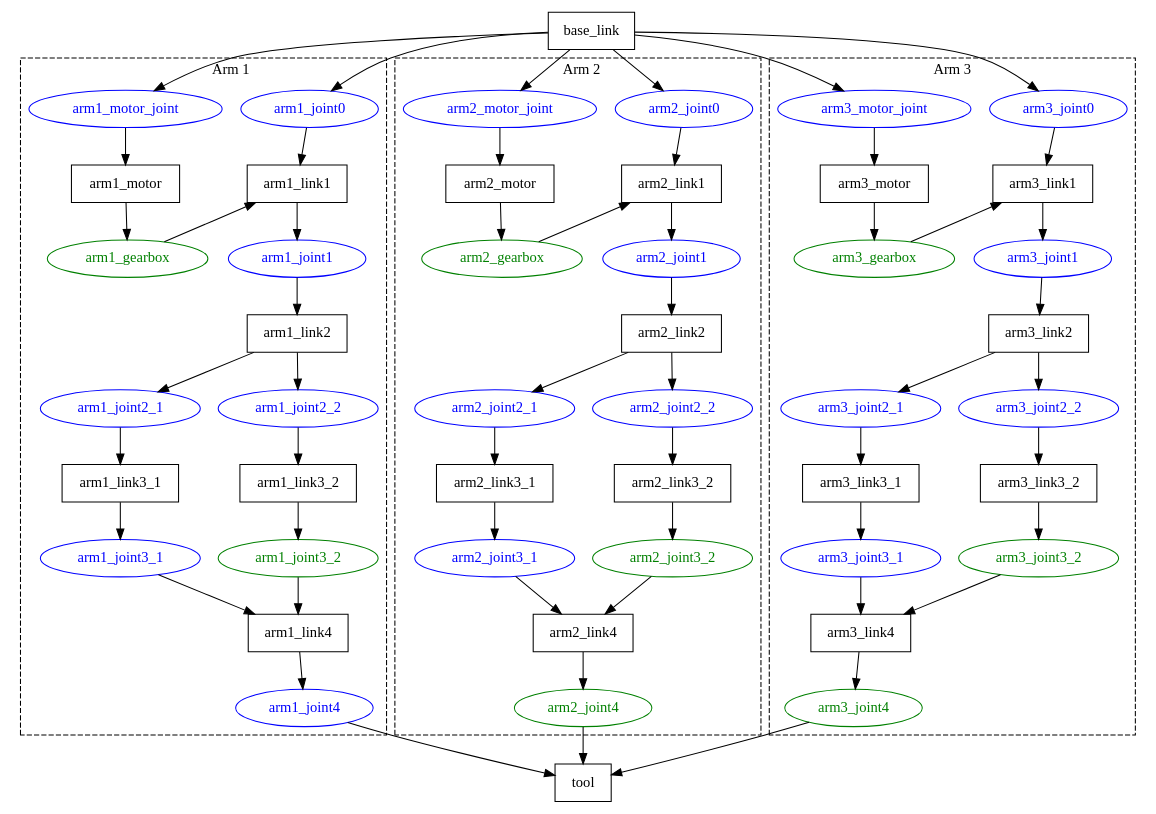
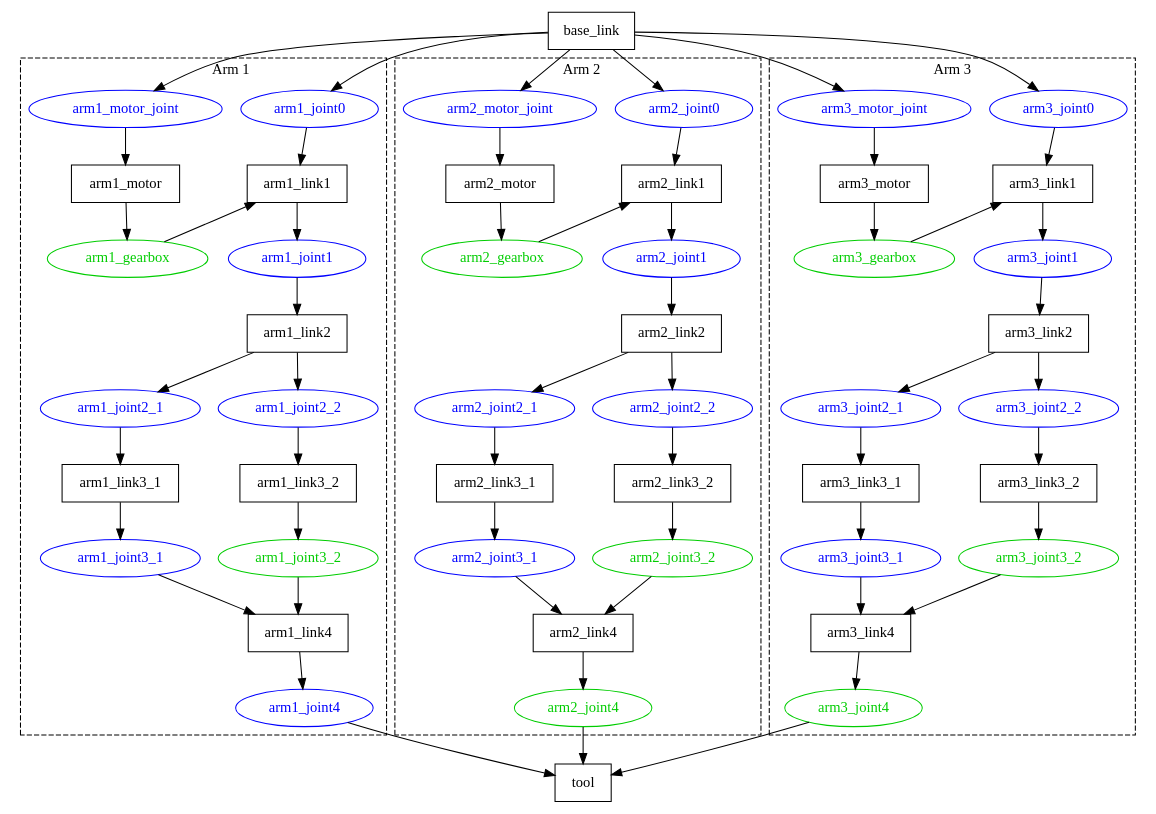
Before and after one commit to manuelilg/vt2_bericht: the diagram in images/delta_struktur.gv, drawn with Graphviz. The commit also changed 10 other files, not shown here.

```diff
--- a/images/delta_struktur.gv
+++ b/images/delta_struktur.gv
@@ -1,131 +1,131 @@
 digraph G {
 compound=true;
 
 node [shape=box];
 "base_link" [label="base_link"];
 "tool" [label="tool"];
 
 subgraph cluster0 {
 label = "                Arm 1";
 style = dashed;
 
 node [shape=box];
 "arm1_link2" [label="arm1_link2"];
 "arm1_link3_1" [label="arm1_link3_1"];
 "arm1_link4" [label="arm1_link4"];
 "arm1_link3_2" [label="arm1_link3_2"];
 {rank = same;
 "arm1_link1" [label="arm1_link1"];
 "arm1_motor" [label="arm1_motor"];
 }
 
 node [shape=ellipse, color=blue, fontcolor=blue];
 "arm1_joint0"
 "arm1_joint0" -> "arm1_link1"
 "arm1_link1" -> "arm1_joint1"
 "arm1_joint1" -> "arm1_link2"
 "arm1_link2" -> "arm1_joint2_1"
 "arm1_joint2_1" -> "arm1_link3_1"
 "arm1_link3_1" -> "arm1_joint3_1"
 "arm1_joint3_1" -> "arm1_link4"
 "arm1_link4" -> "arm1_joint4"
 "arm1_joint4"
 "arm1_link2" -> "arm1_joint2_2"
 "arm1_joint2_2" -> "arm1_link3_2"
 "arm1_motor_joint"
 "arm1_motor_joint" -> "arm1_motor"
 
-node [shape=ellipse, color=green, fontcolor=green];
+node [shape=ellipse, color=green3, fontcolor=green3];
 "arm1_motor" -> "arm1_gearbox" 
 "arm1_gearbox" -> "arm1_link1"
 "arm1_link3_2" -> "arm1_joint3_2" 
 "arm1_joint3_2" -> "arm1_link4"
 }
 
 
 subgraph cluster1 {
 label = "   Arm 2";
 style = dashed;
 
 node [shape=box];
 "arm2_link2" [label="arm2_link2"];
 "arm2_link3_1" [label="arm2_link3_1"];
 "arm2_link4" [label="arm2_link4"];
 "arm2_link3_2" [label="arm2_link3_2"];
 {rank = same;
 "arm2_link1" [label="arm2_link1"];
 "arm2_motor" [label="arm2_motor"];
 }
 node [shape=ellipse, color=blue, fontcolor=blue];
 "arm2_joint0"
 "arm2_joint0" -> "arm2_link1"
 "arm2_link1" -> "arm2_joint1"
 "arm2_joint1" -> "arm2_link2"
 "arm2_link2" -> "arm2_joint2_1"
 "arm2_joint2_1" -> "arm2_link3_1"
 "arm2_link3_1" -> "arm2_joint3_1"
 "arm2_joint3_1" -> "arm2_link4"
 "arm2_link2" -> "arm2_joint2_2"
 "arm2_joint2_2" -> "arm2_link3_2"
 "arm2_motor_joint"
 "arm2_motor_joint" -> "arm2_motor"
 
-node [shape=ellipse, color=green, fontcolor=green];
+node [shape=ellipse, color=green3, fontcolor=green3];
 "arm2_motor" -> "arm2_gearbox" 
 "arm2_gearbox" -> "arm2_link1"
 "arm2_link3_2" -> "arm2_joint3_2" 
 "arm2_joint3_2" -> "arm2_link4"
 "arm2_link4" -> "arm2_joint4" 
 "arm2_joint4"
 
 }
 
 subgraph cluster2 {
 label = "Arm 3";
 style = dashed;
 
 node [shape=box];
 "arm3_link2" [label="arm3_link2"];
 "arm3_link3_1" [label="arm3_link3_1"];
 "arm3_link4" [label="arm3_link4"];
 "arm3_link3_2" [label="arm3_link3_2"];
 {rank = same;
 "arm3_link1" [label="arm3_link1"];
 "arm3_motor" [label="arm3_motor"];
 }
 node [shape=ellipse, color=blue, fontcolor=blue];
 "arm3_joint0"
 "arm3_joint0" -> "arm3_link1"
 "arm3_link1" -> "arm3_joint1"
 "arm3_joint1" -> "arm3_link2"
 "arm3_link2" -> "arm3_joint2_1"
 "arm3_joint2_1" -> "arm3_link3_1"
 "arm3_link3_1" -> "arm3_joint3_1"
 "arm3_joint3_1" -> "arm3_link4"
 "arm3_link2" -> "arm3_joint2_2"
 "arm3_joint2_2" -> "arm3_link3_2"
 "arm3_motor_joint"
 "arm3_motor_joint" -> "arm3_motor"
 
-node [shape=ellipse, color=green, fontcolor=green];
+node [shape=ellipse, color=green3, fontcolor=green3];
 "arm3_motor" -> "arm3_gearbox" 
 "arm3_gearbox" -> "arm3_link1"
 "arm3_link3_2" -> "arm3_joint3_2" 
 "arm3_joint3_2" -> "arm3_link4"
 "arm3_link4" -> "arm3_joint4" 
 "arm3_joint4"
 
 }
 
 
 
 "base_link" -> "arm1_joint0"
 "base_link" -> "arm1_motor_joint"
 "base_link" -> "arm2_joint0"
 "base_link" -> "arm2_motor_joint"
 "base_link" -> "arm3_joint0"
 "base_link" -> "arm3_motor_joint"
 "arm3_joint4" -> "tool"
 "arm2_joint4" -> "tool"
 "arm1_joint4" -> "tool"
 }
```
